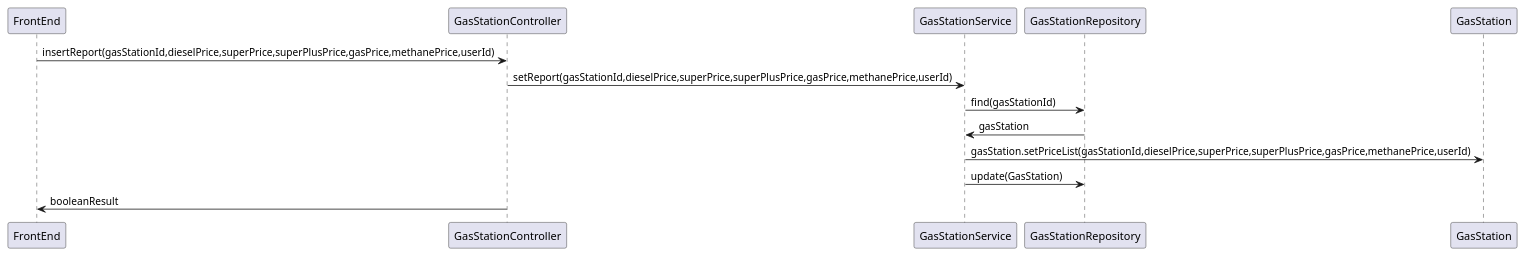
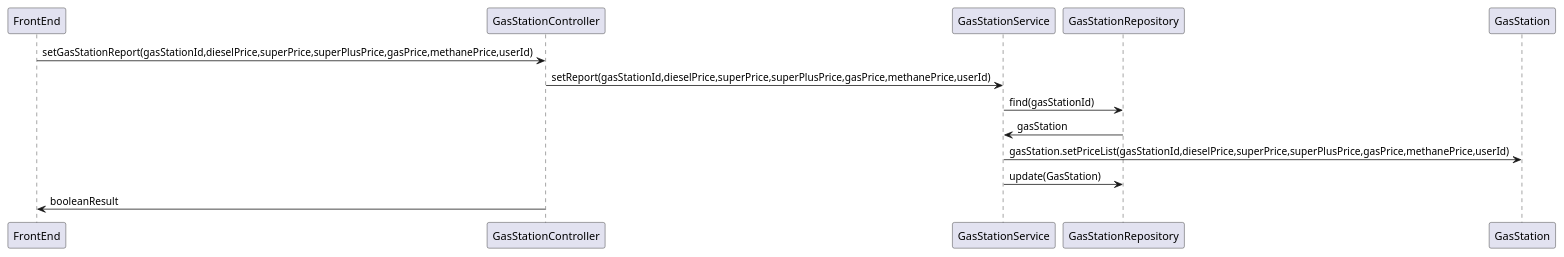
Before and after one commit to CangaRouter/ExGas: diagram 11 of 14 in docs/DesignDocument.md, drawn with PlantUML. The commit also changed other lines of this file, not shown here.

Commit message:
docs: fix low level design and sequence diagrams

````diff
--- a/docs/DesignDocument.md
+++ b/docs/DesignDocument.md
@@ -667,11 +692,11 @@
 ```plantuml
 @startuml
-    FrontEnd -> GasStationController : insertReport(gasStationId,dieselPrice,superPrice,superPlusPrice,gasPrice,methanePrice,userId)
+    FrontEnd -> GasStationController : setGasStationReport(gasStationId,dieselPrice,superPrice,superPlusPrice,gasPrice,methanePrice,userId)
     GasStationController -> GasStationService: setReport(gasStationId,dieselPrice,superPrice,superPlusPrice,gasPrice,methanePrice,userId)
     GasStationService -> GasStationRepository: find(gasStationId)
     GasStationRepository -> GasStationService: gasStation
     GasStationService -> GasStation: gasStation.setPriceList(gasStationId,dieselPrice,superPrice,superPlusPrice,gasPrice,methanePrice,userId)
     GasStationService -> GasStationRepository: update(GasStation)
     GasStationController -> FrontEnd: booleanResult
 @enduml
 ```
````
